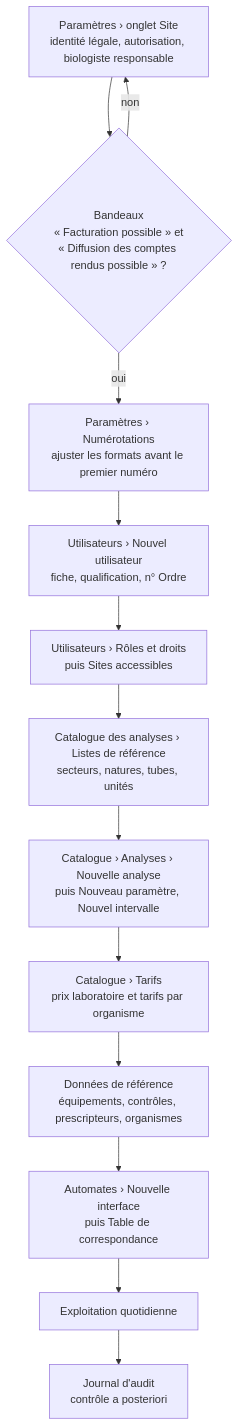
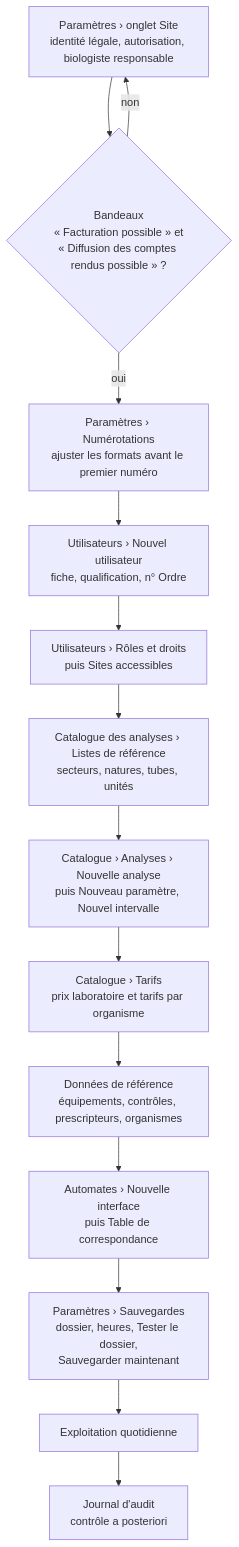
Before and after one commit to J4dJad/MarocLis: the first of 9 diagrams in docs/manuel/10-administration.md, drawn with Mermaid. The commit also changed other lines of this file and 2 other files, not shown here.

First line of the commit message:
Sauvegardes : manuel d'administration, fiche de vérification et README

````diff
--- a/docs/manuel/10-administration.md
+++ b/docs/manuel/10-administration.md
@@ -49,15 +50,16 @@
 ```mermaid
 flowchart TD
     A[Paramètres › onglet Site<br/>identité légale, autorisation, biologiste responsable] --> B{Bandeaux<br/>« Facturation possible » et<br/>« Diffusion des comptes rendus possible » ?}
     B -- non --> A
     B -- oui --> C[Paramètres › Numérotations<br/>ajuster les formats avant le premier numéro]
     C --> D[Utilisateurs › Nouvel utilisateur<br/>fiche, qualification, n° Ordre]
     D --> E[Utilisateurs › Rôles et droits<br/>puis Sites accessibles]
     E --> F[Catalogue des analyses › Listes de référence<br/>secteurs, natures, tubes, unités]
     F --> G[Catalogue › Analyses › Nouvelle analyse<br/>puis Nouveau paramètre, Nouvel intervalle]
     G --> H[Catalogue › Tarifs<br/>prix laboratoire et tarifs par organisme]
     H --> I[Données de référence<br/>équipements, contrôles, prescripteurs, organismes]
     I --> J[Automates › Nouvelle interface<br/>puis Table de correspondance]
-    J --> K[Exploitation quotidienne]
+    J --> S[Paramètres › Sauvegardes<br/>dossier, heures, Tester le dossier,<br/>Sauvegarder maintenant]
+    S --> K[Exploitation quotidienne]
     K --> L[Journal d'audit<br/>contrôle a posteriori]
 ```
````
